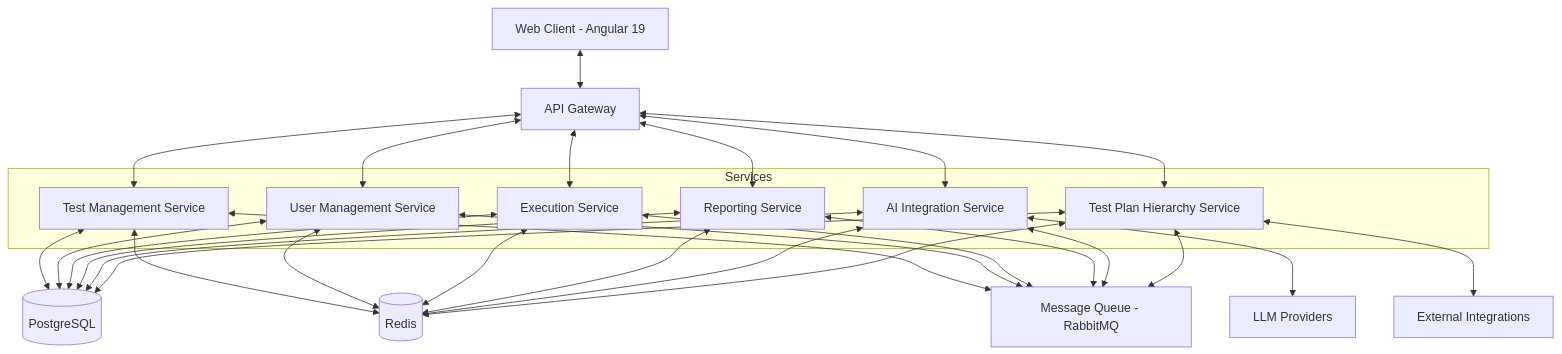
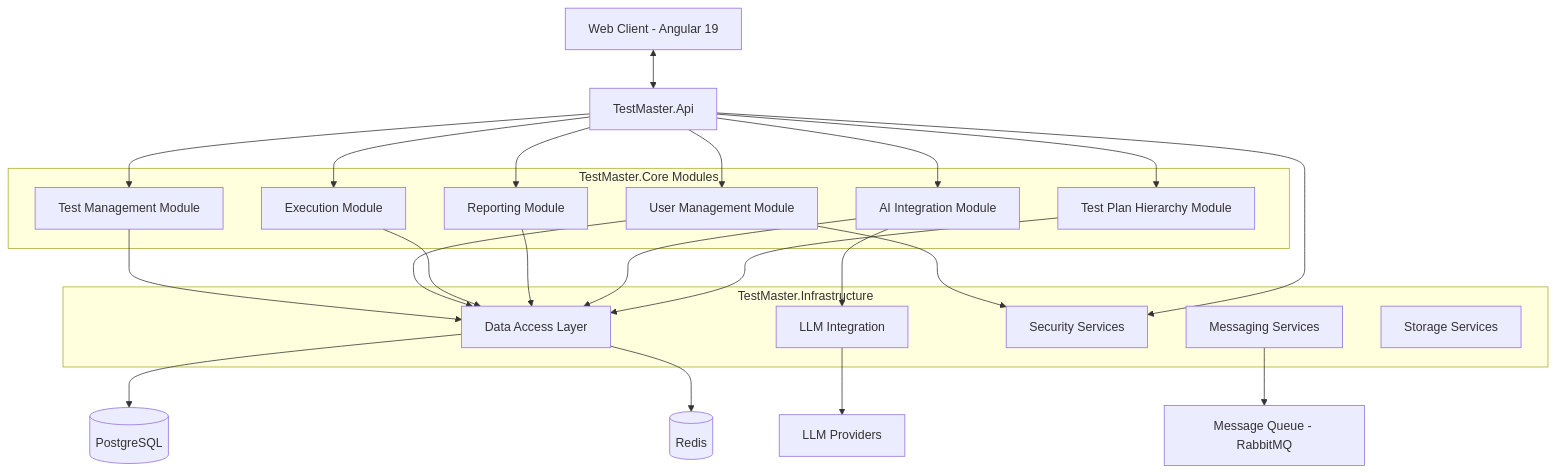
One commit to cuongtl1992/test-master changed the first of 2 diagrams in docs/tech-solution.md. Above: the diagram before and after it, drawn with Mermaid. The commit also changed other lines of this file, not shown here.

````diff
--- a/docs/tech-solution.md
+++ b/docs/tech-solution.md
@@ -26,50 +26,51 @@
 ```mermaid
 graph TD
     Client[Web Client - Angular 19]
-    APIGW[API Gateway]
+    API[TestMaster.Api]
     
-    subgraph Services
-        TMS[Test Management Service]
-        UMS[User Management Service]
-        EXS[Execution Service]
-        RPS[Reporting Service]
-        AIS[AI Integration Service]
-        TPHS[Test Plan Hierarchy Service]
+    subgraph "TestMaster.Core Modules"
+        TM[Test Management Module]
+        UM[User Management Module]
+        EX[Execution Module]
+        RP[Reporting Module]
+        AI[AI Integration Module]
+        TPH[Test Plan Hierarchy Module]
+    end
+    
+    subgraph "TestMaster.Infrastructure"
+        DAL[Data Access Layer]
+        LLM[LLM Integration]
+        SEC[Security Services]
+        MSG[Messaging Services]
+        STG[Storage Services]
     end
     
     DB[(PostgreSQL)]
     Cache[(Redis)]
     MQ[Message Queue - RabbitMQ]
     
-    Client <--> APIGW
-    APIGW <--> TMS
-    APIGW <--> UMS
-    APIGW <--> EXS
-    APIGW <--> RPS
-    APIGW <--> AIS
-    APIGW <--> TPHS
+    Client <--> API
+    API --> TM
+    API --> UM
+    API --> EX
+    API --> RP
+    API --> AI
+    API --> TPH
     
-    TMS <--> DB
-    UMS <--> DB
-    EXS <--> DB
-    RPS <--> DB
-    AIS <--> DB
-    TPHS <--> DB
+    TM --> DAL
+    UM --> DAL
+    EX --> DAL
+    RP --> DAL
+    AI --> DAL
+    TPH --> DAL
     
-    TMS <--> Cache
-    UMS <--> Cache
-    EXS <--> Cache
-    RPS <--> Cache
-    AIS <--> Cache
-    TPHS <--> Cache
+    DAL --> DB
+    DAL --> Cache
     
-    TMS <--> MQ
-    UMS <--> MQ
-    EXS <--> MQ
-    RPS <--> MQ
-    AIS <--> MQ
-    TPHS <--> MQ
+    AI --> LLM
+    LLM --> LLMP[LLM Providers]
     
-    AIS <--> LLM[LLM Providers]
-    TPHS <--> Int[External Integrations]
+    MSG --> MQ
+    UM --> SEC
+    API --> SEC
 ```
````
